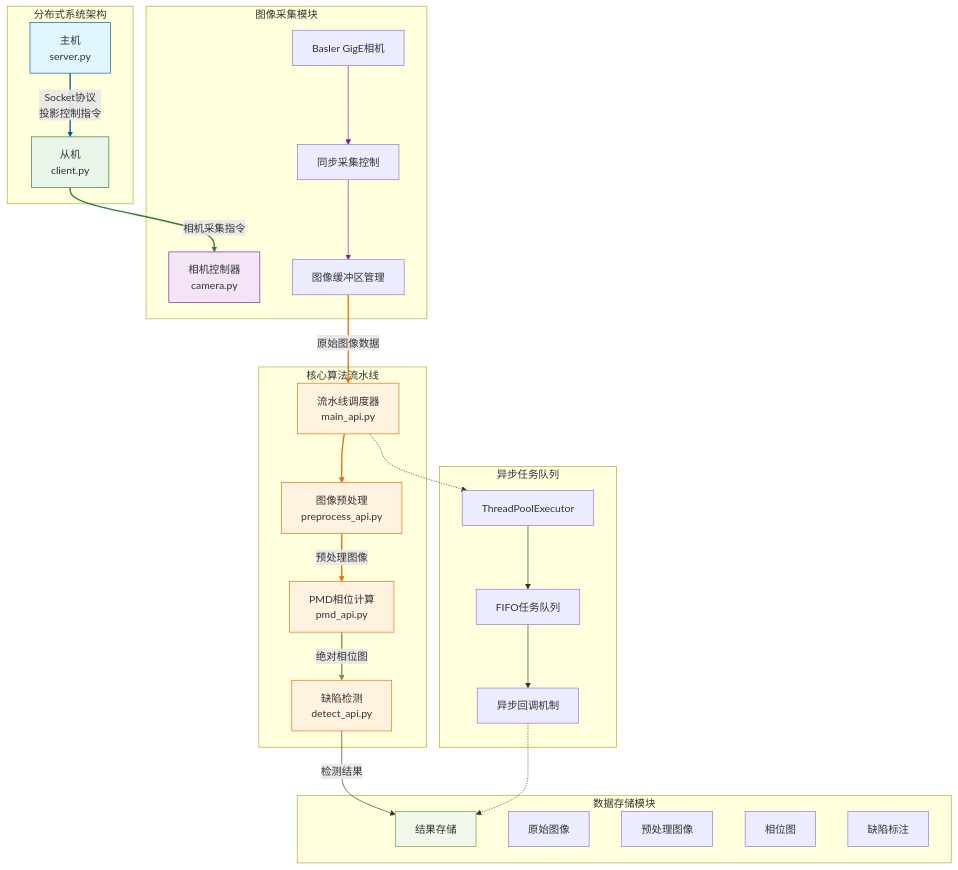
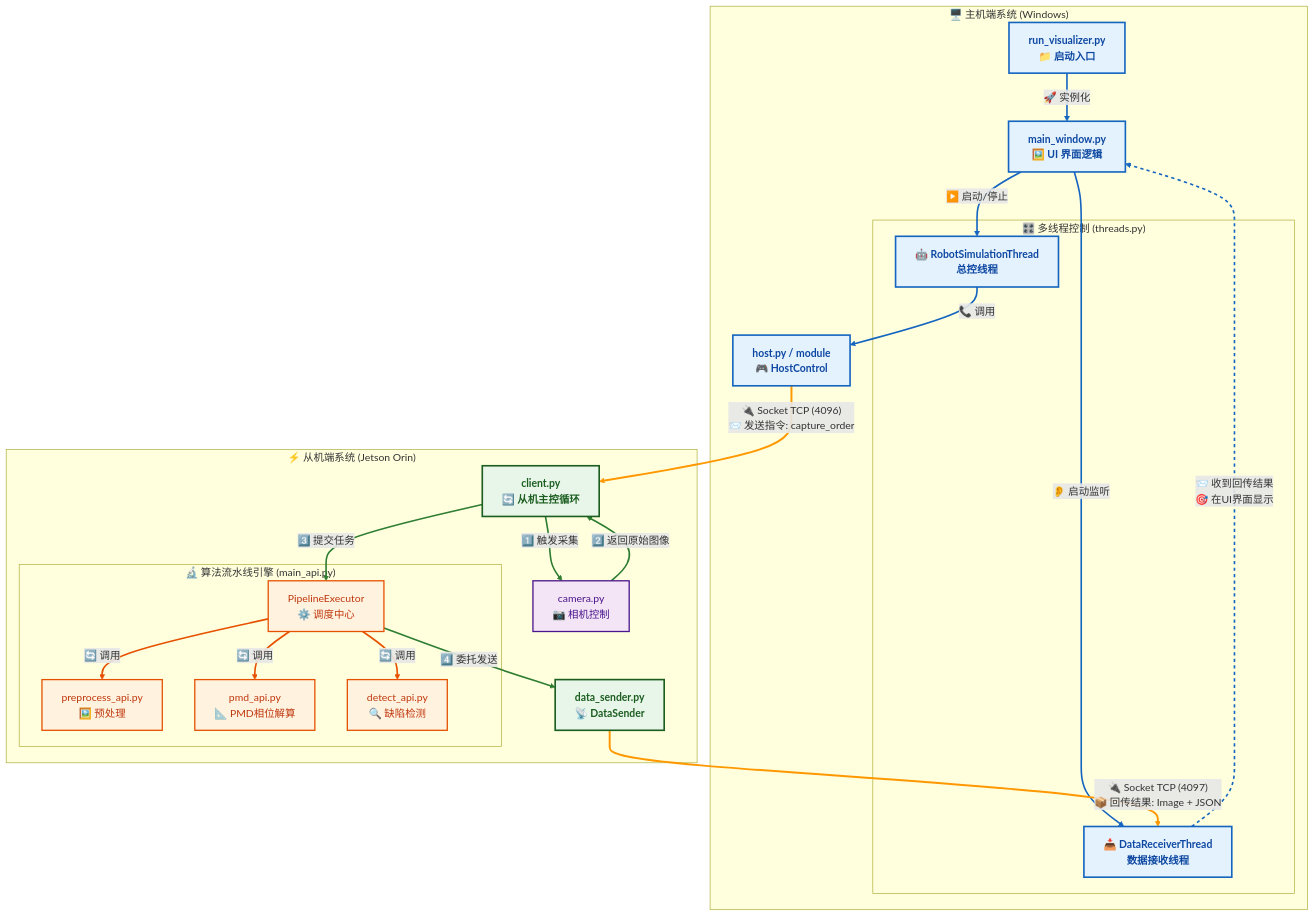
Before and after one commit to She-Zhao/CarPaintDetection: the diagram in README.md, drawn with Mermaid. The commit also changed other lines of this file and 47 other files, not shown here.

````diff
--- a/README.md
+++ b/README.md
@@ -12,69 +40,81 @@
 ```mermaid
 flowchart TD
-    %% 定义样式
-    classDef host fill:#e1f5fe,stroke:#01579b
-    classDef client fill:#e8f5e8,stroke:#2e7d32
-    classDef camera fill:#f3e5f5,stroke:#7b1fa2
-    classDef algorithm fill:#fff3e0,stroke:#ef6c00
-    classDef storage fill:#f1f8e9,stroke:#689f38
+    %% === 1. 定义样式 (Visual Styles) ===
+    classDef host fill:#e3f2fd,stroke:#1565c0,stroke-width:2.5px,color:#0d47a1,font-weight:bold
+    classDef client fill:#e8f5e9,stroke:#1b5e20,stroke-width:2.5px,color:#1b5e20,font-weight:bold
+    classDef camera fill:#f3e5f5,stroke:#4a148c,stroke-width:2px,color:#4a148c
+    classDef algorithm fill:#fff3e0,stroke:#e65100,stroke-width:2px,color:#bf360c
+    classDef protocol fill:none,stroke:#ff9800,stroke-width:2.5px,stroke-dasharray:5 5,color:#ff9800
+
+    %% === 2. 主机端系统 (Windows) ===
+    subgraph "host" ["🖥️ 主机端系统 (Windows)"]
+        H_Entry["run_visualizer.py<br/>📁 启动入口"]:::host
+        H_UI["main_window.py<br/>🖼️ UI 界面逻辑"]:::host
+        
+        subgraph "host_threads" ["🎛️ 多线程控制 (threads.py)"]
+            H_RobotThread["🤖 RobotSimulationThread<br/>总控线程"]:::host
+            H_RecvThread["📥 DataReceiverThread<br/>数据接收线程"]:::host
+        end
+        
+        H_Ctrl["host.py / module<br/>🎮 HostControl"]:::host
+    end
+
+    %% === 3. 从机端系统 (Jetson Orin) ===
+    subgraph "client" ["⚡ 从机端系统 (Jetson Orin)"]
+        C_Entry["client.py<br/>🔄 从机主控循环"]:::client
+        C_Camera["camera.py<br/>📷 相机控制"]:::camera
+        
+        subgraph "algo_engine" ["🔬 算法流水线引擎 (main_api.py)"]
+            A_Exec["PipelineExecutor<br/>⚙️ 调度中心"]:::algorithm
+            A_Pre["preprocess_api.py<br/>🖼️ 预处理"]:::algorithm
+            A_PMD["pmd_api.py<br/>📐 PMD相位解算"]:::algorithm
+            A_Det["detect_api.py<br/>🔍 缺陷检测"]:::algorithm
+        end
+        
+        C_Sender["data_sender.py<br/>📡 DataSender"]:::client
+    end
+
+    %% === 4. 内部调用关系 (Internal Calls) ===
     
-    %% 主框架
-    subgraph "分布式系统架构"
-        A[主机<br/>server.py]:::host
-        B[从机<br/>client.py]:::client
-    end
+    %% 主机内部
+    H_Entry -->|"🚀 实例化"| H_UI
+    H_UI -->|"▶️ 启动/停止"| H_RobotThread
+    H_UI -->|"👂 启动监听"| H_RecvThread
+    H_RobotThread -->|"📞 调用"| H_Ctrl
+    H_RecvThread -.->|"📨 收到回传结果<br/>🎯 在UI界面显示"| H_UI
+
+    %% 从机内部
+    C_Entry -->|"1️⃣ 触发采集"| C_Camera
+    C_Camera -->|"2️⃣ 返回原始图像"| C_Entry
+    C_Entry -->|"3️⃣ 提交任务"| A_Exec
     
-    subgraph "图像采集模块"
-        C[相机控制器<br/>camera.py]:::camera
-        C1[Basler GigE相机]
-        C2[同步采集控制]
-        C3[图像缓冲区管理]
-    end
+    %% 算法流水线
+    A_Exec -->|"🔄 调用"| A_Pre
+    A_Exec -->|"🔄 调用"| A_PMD
+    A_Exec -->|"🔄 调用"| A_Det
+    A_Exec -->|"4️⃣ 委托发送"| C_Sender
+
+    %% === 5. 跨设备网络交互 (Network Interaction) ===
     
-    subgraph "核心算法流水线"
-        D[流水线调度器<br/>main_api.py]:::algorithm
-        E[图像预处理<br/>preprocess_api.py]:::algorithm
-        F[PMD相位计算<br/>pmd_api.py]:::algorithm
-        G[缺陷检测<br/>detect_api.py]:::algorithm
-    end
+    %% 控制链路 (Port 4096)
+    H_Ctrl == "🔌 Socket TCP (4096)<br/>📨 发送指令: capture_order" ==> C_Entry
     
-    subgraph "数据存储模块"
-        H[结果存储]:::storage
-        H1[原始图像]
-        H2[预处理图像]
-        H3[相位图]
-        H4[缺陷标注]
-    end
-    
-    %% 连接关系
-    A -- "Socket协议<br/>投影控制指令" --> B
-    B -- "相机采集指令" --> C
-    
-    C1 --> C2 --> C3
-    C3 -- "原始图像数据" --> D
-    
-    D --> E -- "预处理图像" --> F -- "绝对相位图" --> G
-    
-    G -- "检测结果" --> H
-    
-    %% 异步处理机制
-    subgraph "异步任务队列"
-        I[ThreadPoolExecutor]
-        J[FIFO任务队列]
-        K[异步回调机制]
-    end
-    
-    D -.-> I
-    I --> J --> K
-    K -.-> H
-    
-    %% 数据流向说明
-    linkStyle 0 stroke:#01579b,stroke-width:2px
-    linkStyle 1 stroke:#2e7d32,stroke-width:2px
-    linkStyle 2 stroke:#7b1fa2,stroke-width:1px
-    linkStyle 3 stroke:#7b1fa2,stroke-width:1px
-    linkStyle 4 stroke:#ef6c00,stroke-width:2px
-    linkStyle 5 stroke:#ef6c00,stroke-width:2px
-    linkStyle 6 stroke:#ef6c00,stroke-width:2px
-    linkStyle 7 stroke:#689f38,stroke-width:2px
+    %% 数据链路 (Port 4097)
+    C_Sender == "🔌 Socket TCP (4097)<br/>📦 回传结果: Image + JSON" ==> H_RecvThread
+
+    %% === 6. 连接样式优化 ===
+    linkStyle 0 stroke:#1565c0,stroke-width:2.5px
+    linkStyle 1 stroke:#1565c0,stroke-width:2.5px
+    linkStyle 2 stroke:#1565c0,stroke-width:2.5px
+    linkStyle 3 stroke:#1565c0,stroke-width:2.5px
+    linkStyle 4 stroke:#1565c0,stroke-width:2.5px,stroke-dasharray:5 5
+    linkStyle 5 stroke:#2e7d32,stroke-width:2.5px
+    linkStyle 6 stroke:#2e7d32,stroke-width:2.5px
+    linkStyle 7 stroke:#2e7d32,stroke-width:2.5px
+    linkStyle 8 stroke:#e65100,stroke-width:2.5px
+    linkStyle 9 stroke:#e65100,stroke-width:2.5px
+    linkStyle 10 stroke:#e65100,stroke-width:2.5px
+    linkStyle 11 stroke:#2e7d32,stroke-width:2.5px
+    linkStyle 12 stroke:#ff9800,stroke-width:3px
+    linkStyle 13 stroke:#ff9800,stroke-width:3px
 ```
````
